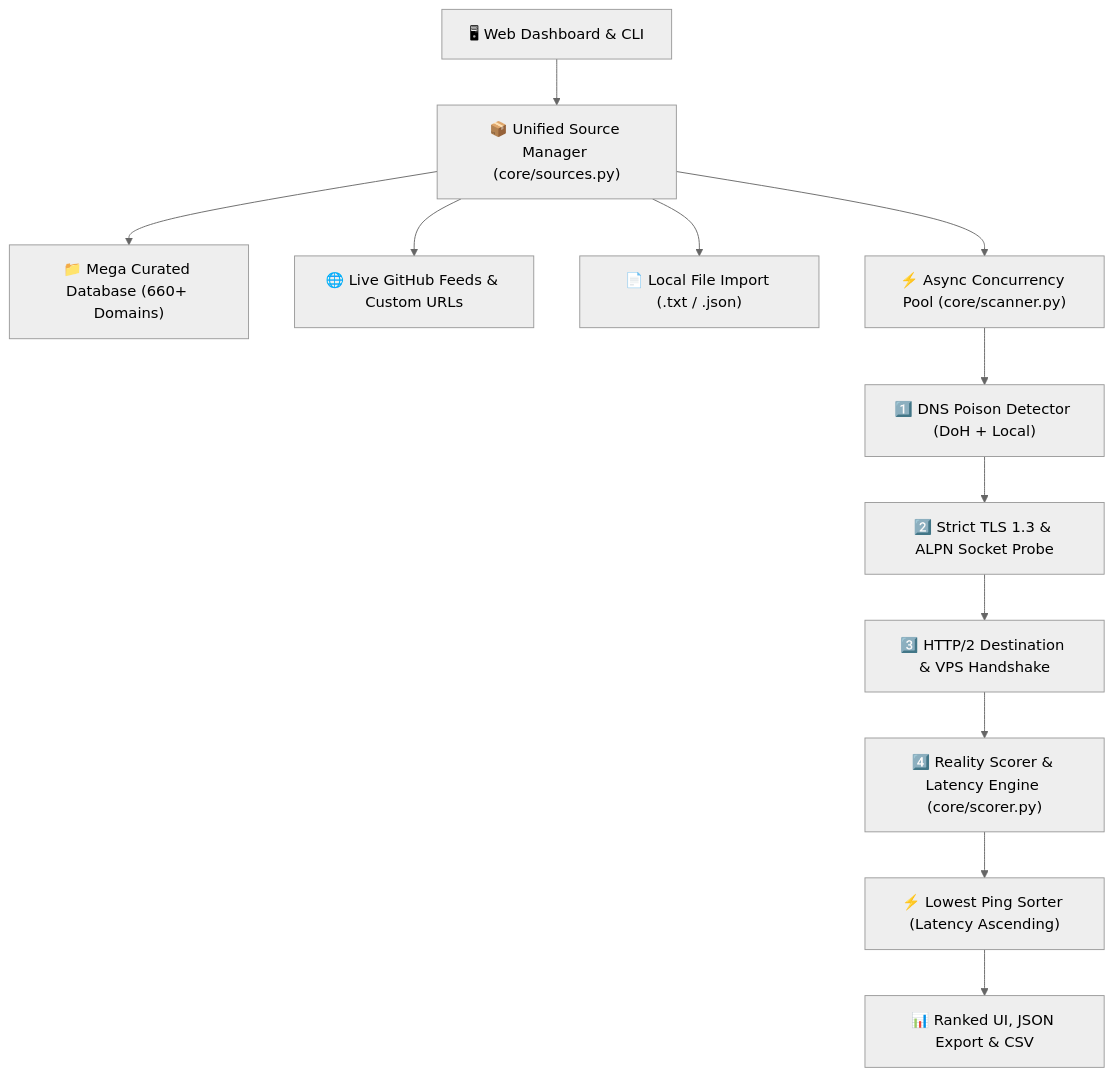
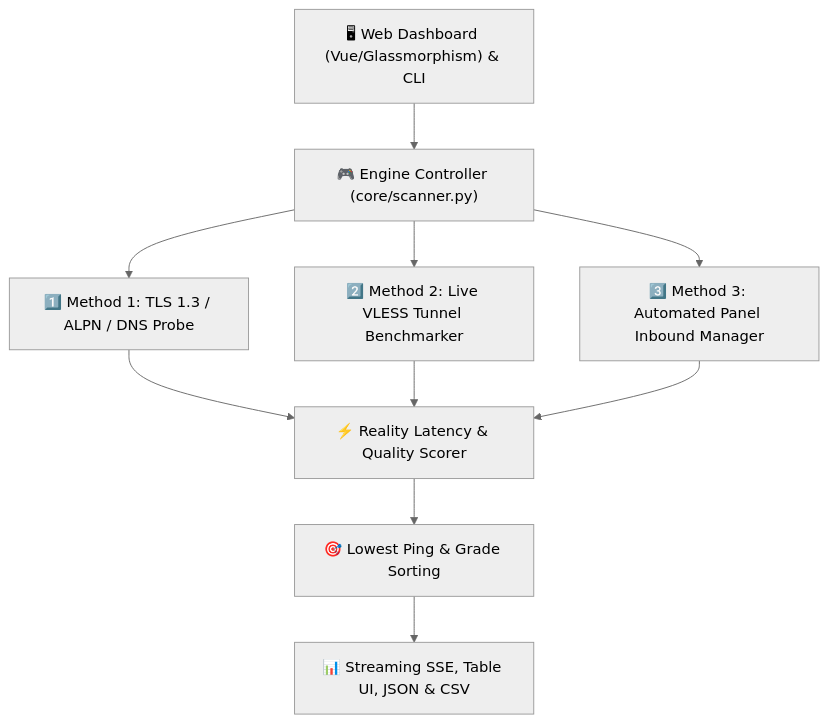
Before and after one commit to exelite-dev/sni-scanner: the second of 2 diagrams in README.md, drawn with Mermaid (neutral theme). The commit also changed other lines of this file and 15 other files, not shown here.

````diff
--- a/README.md
+++ b/README.md
@@ -77,16 +95,15 @@
 ```mermaid
 flowchart TD
-    UI["🖥 Web Dashboard & CLI"] --> Sources["📦 Unified Source Manager (core/sources.py)"]
-    Sources --> LocalMega["📁 Mega Curated Database (660+ Domains)"]
-    Sources --> OnlineFeeds["🌐 Live GitHub Feeds & Custom URLs"]
-    Sources --> LocalFiles["📄 Local File Import (.txt / .json)"]
+    UI["🖥 Web Dashboard (Vue/Glassmorphism) & CLI"] --> Controller["🎮 Engine Controller (core/scanner.py)"]
     
-    Sources --> Engine["⚡️ Async Concurrency Pool (core/scanner.py)"]
-    Engine --> DNS["1️⃣ DNS Poison Detector (DoH + Local)"]
-    DNS --> TLS["2️⃣ Strict TLS 1.3 & ALPN Socket Probe"]
-    TLS --> Reality["3️⃣ HTTP/2 Destination & VPS Handshake"]
-    Reality --> Scorer["4️⃣ Reality Scorer & Latency Engine (core/scorer.py)"]
+    Controller --> S1["1️⃣ Method 1: TLS 1.3 / ALPN / DNS Probe"]
+    Controller --> S2["2️⃣ Method 2: Live VLESS Tunnel Benchmarker"]
+    Controller --> S3["3️⃣ Method 3: Automated Panel Inbound Manager"]
     
-    Scorer --> Sorter["⚡️ Lowest Ping Sorter (Latency Ascending)"]
-    Sorter --> Outputs["📊 Ranked UI, JSON Export & CSV"]
+    S1 --> Scorer["⚡️ Reality Latency & Quality Scorer"]
+    S2 --> Scorer
+    S3 --> Scorer
+    
+    Scorer --> Sorter["🎯 Lowest Ping & Grade Sorting"]
+    Sorter --> Outputs["📊 Streaming SSE, Table UI, JSON & CSV"]
 ```
````
